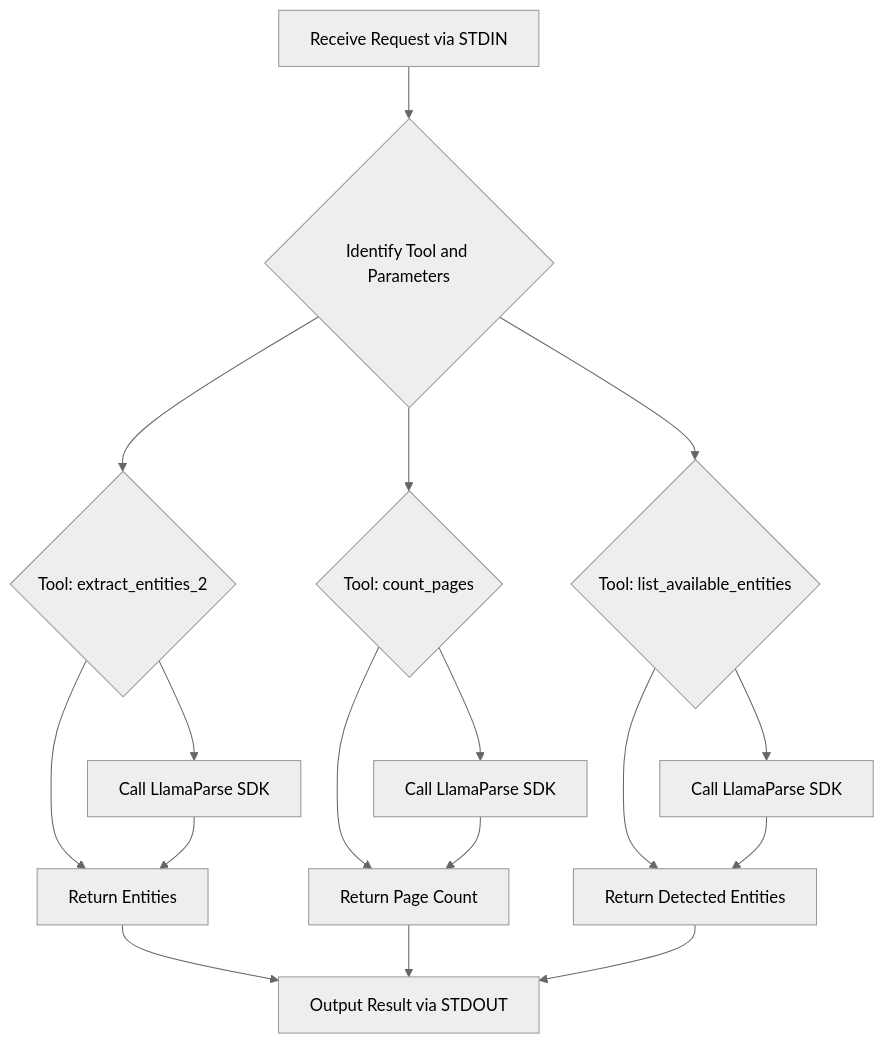
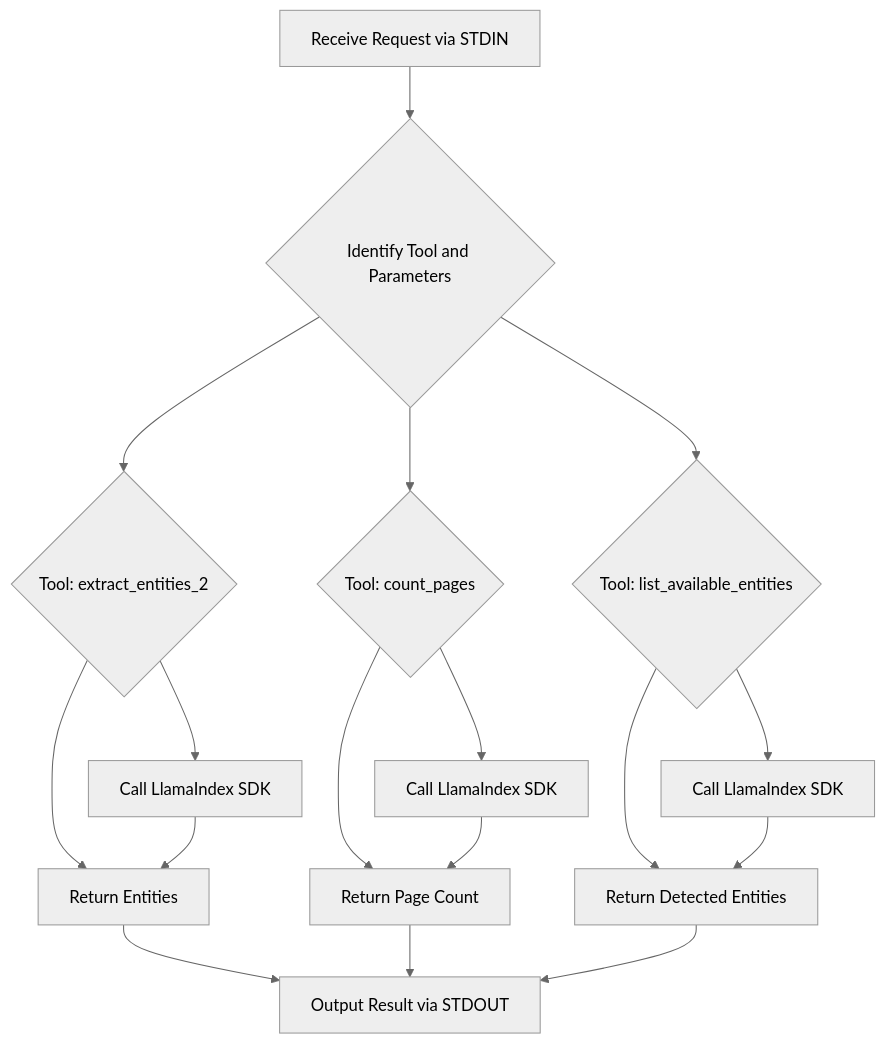
One commit to atharvabhakane/mcp-llamaIndex changed the diagram in level-5/Second-method/README.md. Above: the diagram before and after it, drawn with Mermaid (neutral theme). The commit also changed other lines of this file, not shown here.

````diff
--- a/level-5/Second-method/README.md
+++ b/level-5/Second-method/README.md
@@ -73,19 +73,19 @@
 ```mermaid
 graph TD
     A[Receive Request via STDIN] --> B{Identify Tool and Parameters};
     B --> C1{Tool: extract_entities_2};
     B --> C2{Tool: count_pages};
     B --> C3{Tool: list_available_entities};
-    C1 --> D1[Call LlamaParse SDK];
+    C1 --> D1[Call LlamaIndex SDK];
     C1 --> E1[Return Entities];
-    C2 --> D2[Call LlamaParse SDK];
+    C2 --> D2[Call LlamaIndex SDK];
     C2 --> E2[Return Page Count];
-    C3 --> D3[Call LlamaParse SDK];
+    C3 --> D3[Call LlamaIndex SDK];
     C3 --> E3[Return Detected Entities];
     D1 --> E1;
     D2 --> E2;
     D3 --> E3;
     E1 --> F[Output Result via STDOUT];
     E2 --> F;
     E3 --> F;
 ```
````
